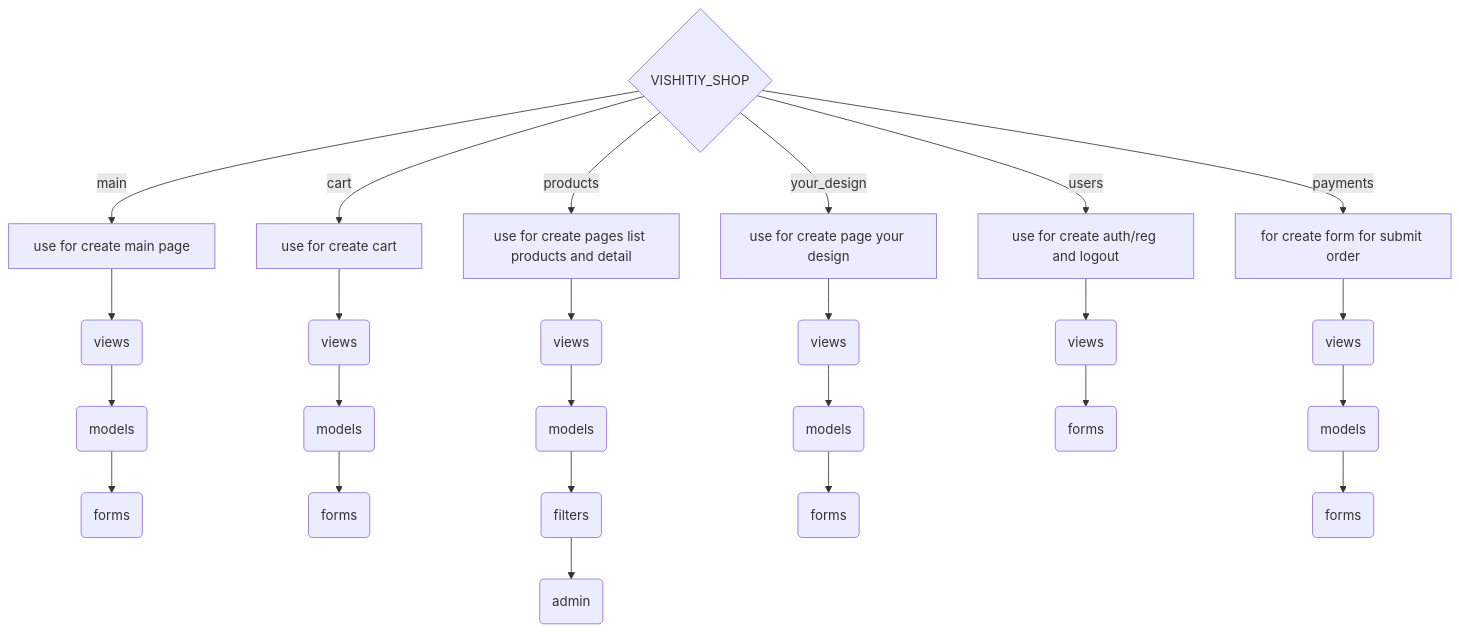
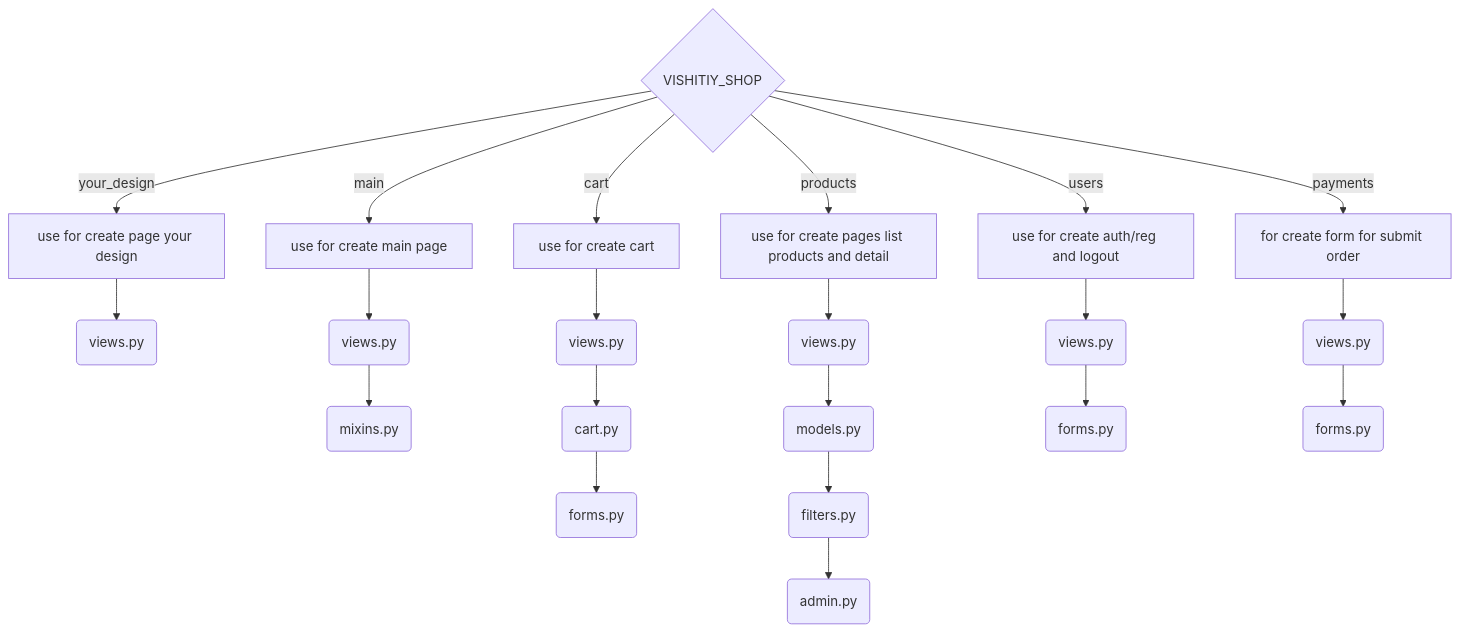
One commit to danilgubarev/vishitiy_shop changed the diagram in README.md. Above: the diagram before and after it, drawn with Mermaid. The commit also changed other lines of this file, not shown here.

Commit message:
add info about main, payment, your_design apps

````diff
--- a/README.md
+++ b/README.md
@@ -35,13 +35,13 @@
 ```mermaid
 graph TD
 
   C{VISHITIY_SHOP}
-  C -->|main| A[use for create main page] --> 1(views) --> 2(models) --> 3(forms)
-  C -->|cart| B[use for create cart] --> 4(views) --> 5(models) --> 6(forms)
-  C -->|products| M[use for create pages list products and detail] --> 7(views) --> 8(models) --> 9(filters) --> l(admin)
-  C -->|your_design| D[use for create page your design] --> 0(views) --> q(models) --> w(forms)
-  C -->|users| E[use for create auth/reg and logout] --> e(views) --> t(forms)
-  C -->|payments| F[ for create form for submit order] --> z(views) --> x(models) --> c(forms)
+  C -->|main| A[use for create main page] --> 1(views.py) --> 2(mixins.py)
+  C -->|cart| B[use for create cart] --> 4(views.py) --> 5(cart.py) --> 6(forms.py)
+  C -->|products| M[use for create pages list products and detail] --> 7(views.py) --> 8(models.py) --> 9(filters.py) --> l(admin.py)
+  C -->|your_design| D[use for create page your design] --> 0(views.py)
+  C -->|users| E[use for create auth/reg and logout] --> e(views.py) --> t(forms.py)
+  C -->|payments| F[ for create form for submit order] --> z(views.py) -->  c(forms.py)
 
 
 ```
````
